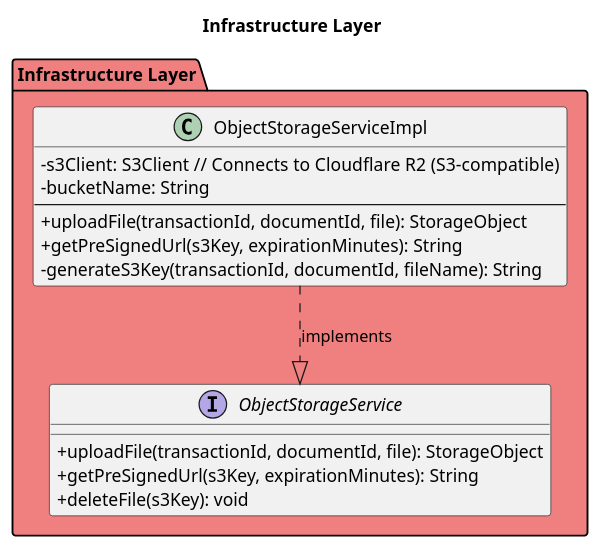
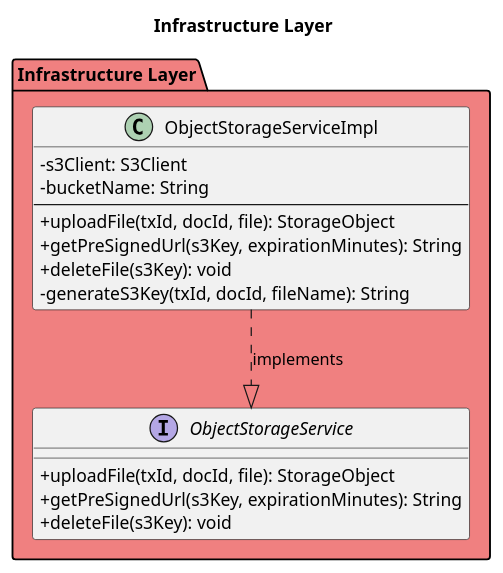
Before and after one commit to CourtierPro/CourtierPro: the diagram in docs/PersonalUseCase/Shawn/ManageTransactionDocuments/Artifacts/DesignLevelClassDiagramChunks/InfrastructureLayer.puml, drawn with PlantUML. The commit also changed 34 other files, not shown here.

Commit message:
Diagrams updated

```diff
--- a/docs/PersonalUseCase/Shawn/ManageTransactionDocuments/Artifacts/DesignLevelClassDiagramChunks/InfrastructureLayer.puml
+++ b/docs/PersonalUseCase/Shawn/ManageTransactionDocuments/Artifacts/DesignLevelClassDiagramChunks/InfrastructureLayer.puml
@@ -1,26 +1,27 @@
 @startuml InfrastructureLayer
 skinparam classAttributeIconSize 0
 
 title Infrastructure Layer
 
 package "Infrastructure Layer" #LightCoral {
   interface ObjectStorageService {
-    + uploadFile(transactionId, documentId, file): StorageObject
+    + uploadFile(txId, docId, file): StorageObject
     + getPreSignedUrl(s3Key, expirationMinutes): String
     + deleteFile(s3Key): void
   }
-  
+
   class ObjectStorageServiceImpl {
-    - s3Client: S3Client  // Connects to Cloudflare R2 (S3-compatible)
+    - s3Client: S3Client
     - bucketName: String
     --
-    + uploadFile(transactionId, documentId, file): StorageObject
+    + uploadFile(txId, docId, file): StorageObject
     + getPreSignedUrl(s3Key, expirationMinutes): String
-    - generateS3Key(transactionId, documentId, fileName): String
+    + deleteFile(s3Key): void
+    - generateS3Key(txId, docId, fileName): String
   }
-  
+
   ' Intra-package relationships
   ObjectStorageServiceImpl ..|> ObjectStorageService : implements
 }
 
 @enduml
```
